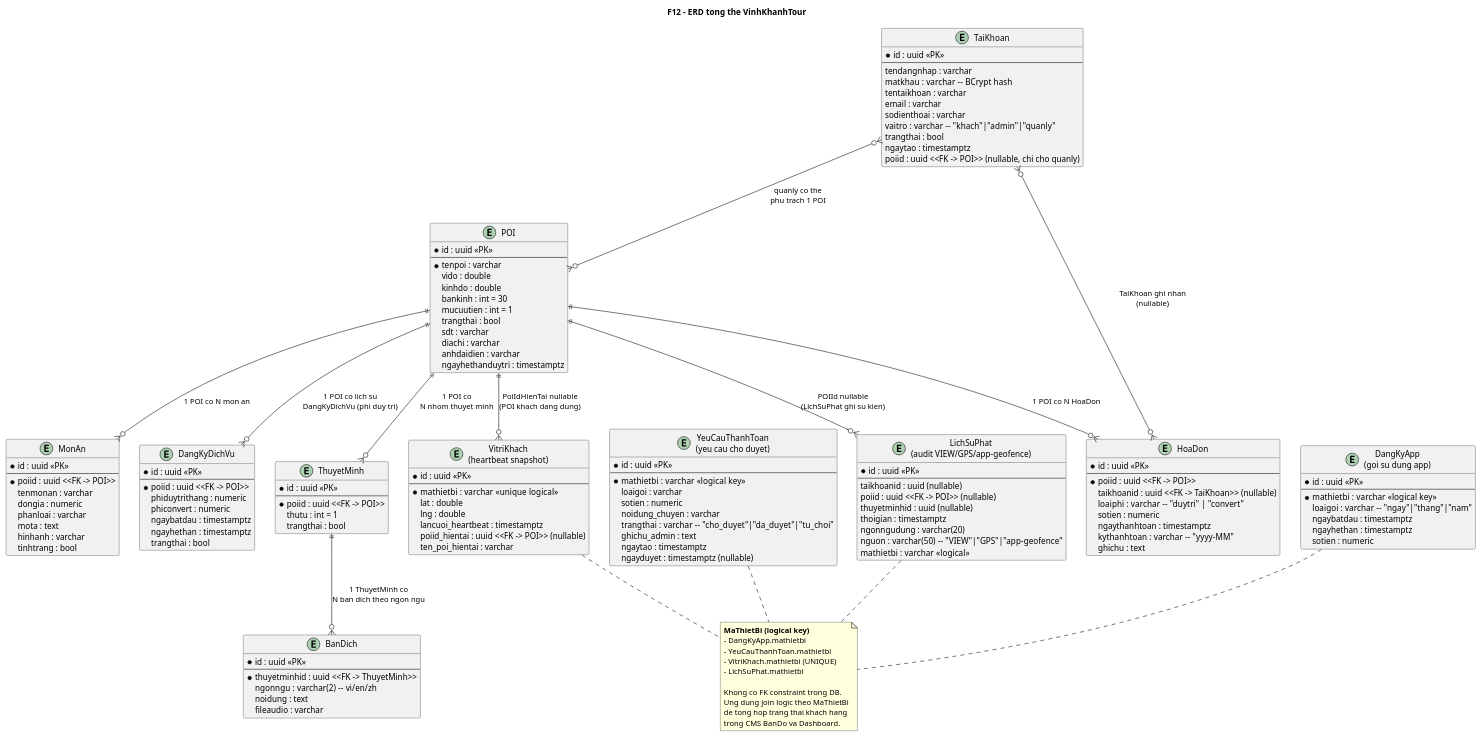
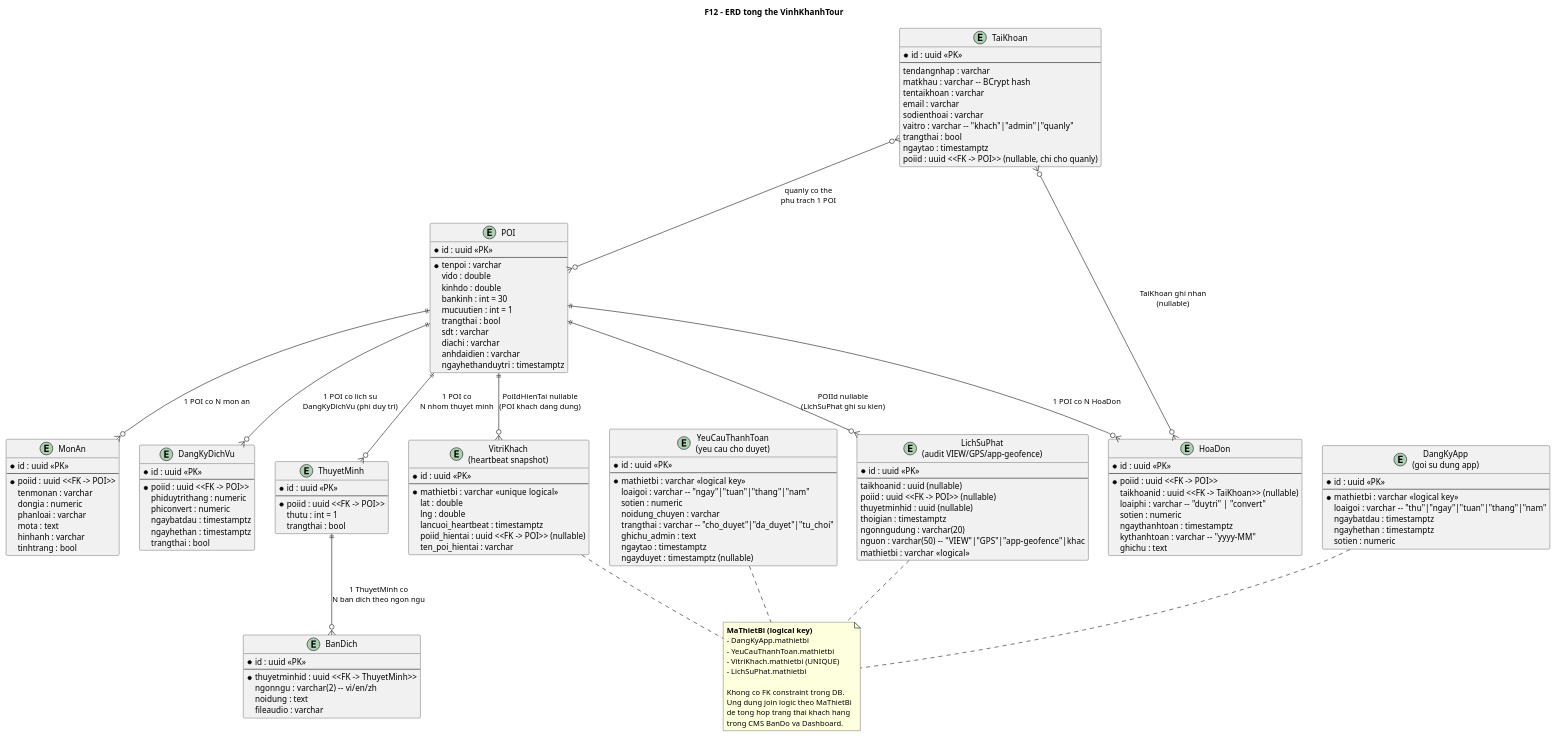
The diagram in docs/diagrams/12-erd.puml (VoBao182/PhoAmThuc), drawn with PlantUML before and after one commit. The commit also changed 30 other files, not shown here.

```diff
--- a/docs/diagrams/12-erd.puml
+++ b/docs/diagrams/12-erd.puml
@@ -1,180 +1,182 @@
 @startuml
 ' Diagram: F12 - ERD tong the cua VinhKhanhTour
 ' Status: VERIFIED
-' Baseline: branch master, current worktree @ HEAD 2497a96
+' Baseline: branch master, current worktree @ HEAD 8ed8643
 ' Source:
 ' - VinhKhanhTour.API/Models/POI.cs, ThuyetMinh.cs, BanDich.cs, MonAn.cs
 ' - VinhKhanhTour.API/Models/DangKyApp.cs, YeuCauThanhToan.cs
 ' - VinhKhanhTour.API/Models/DangKyDichVu.cs, HoaDon.cs
 ' - VinhKhanhTour.API/Models/LichSuPhat.cs, VitriKhach.cs, TaiKhoan.cs
-' - VinhKhanhTour.API/Data/AppDbContext.cs
+' - VinhKhanhTour.API/Data/AppDBContext.cs
+' - VinhKhanhTour.API/Controllers/SubscriptionController.cs
 ' Note: Vung khach hang anh danh: dinh danh bang MaThietBi (string, sinh tu Preferences),
 '   khong join cung TaiKhoan. Cac bang DangKyApp / YeuCauThanhToan / VitriKhach / LichSuPhat
 '   noi voi nhau qua MaThietBi (logical foreign key, KHONG co FK constraint trong DB).
 ' Note: Vung POI: POI 1-N ThuyetMinh, ThuyetMinh 1-N BanDich, POI 1-N MonAn,
 '   POI 1-N DangKyDichVu (lich su goi duy tri), POI 1-N HoaDon.
-' Note: Vung audit: LichSuPhat luu tat ca su kien VIEW/GPS/app-geofence,
-'   POIId va MaThietBi co the null cho cac event hop le.
+' Note: Vung audit: LichSuPhat luu tat ca su kien VIEW/GPS/app-geofence.
+'   Cac gia tri LoaiGoi hien tai trong code:
+'   DangKyApp = thu|ngay|tuan|thang|nam; YeuCauThanhToan = ngay|tuan|thang|nam.
 title F12 - ERD tong the VinhKhanhTour
 
 ' ---------------- Vung POI noi dung ----------------
 entity "POI" as POI {
   * id : uuid <<PK>>
   --
   * tenpoi : varchar
   vido : double
   kinhdo : double
   bankinh : int = 30
   mucuutien : int = 1
   trangthai : bool
   sdt : varchar
   diachi : varchar
   anhdaidien : varchar
   ngayhethanduytri : timestamptz
 }
 
 entity "ThuyetMinh" as TM {
   * id : uuid <<PK>>
   --
   * poiid : uuid <<FK -> POI>>
   thutu : int = 1
   trangthai : bool
 }
 
 entity "BanDich" as BD {
   * id : uuid <<PK>>
   --
   * thuyetminhid : uuid <<FK -> ThuyetMinh>>
   ngonngu : varchar(2)  -- vi/en/zh
   noidung : text
   fileaudio : varchar
 }
 
 entity "MonAn" as MA {
   * id : uuid <<PK>>
   --
   * poiid : uuid <<FK -> POI>>
   tenmonan : varchar
   dongia : numeric
   phanloai : varchar
   mota : text
   hinhanh : varchar
   tinhtrang : bool
 }
 
 ' ---------------- Vung phi duy tri / hoa don ----------------
 entity "DangKyDichVu" as DKDV {
   * id : uuid <<PK>>
   --
   * poiid : uuid <<FK -> POI>>
   phiduytrithang : numeric
   phiconvert : numeric
   ngaybatdau : timestamptz
   ngayhethan : timestamptz
   trangthai : bool
 }
 
 entity "HoaDon" as HD {
   * id : uuid <<PK>>
   --
   * poiid : uuid <<FK -> POI>>
   taikhoanid : uuid <<FK -> TaiKhoan>> (nullable)
   loaiphi : varchar  -- "duytri" | "convert"
   sotien : numeric
   ngaythanhtoan : timestamptz
   kythanhtoan : varchar  -- "yyyy-MM"
   ghichu : text
 }
 
 ' ---------------- Vung khach hang an danh ----------------
 entity "DangKyApp\n(goi su dung app)" as DKA {
   * id : uuid <<PK>>
   --
   * mathietbi : varchar  <<logical key>>
-  loaigoi : varchar  -- "ngay"|"thang"|"nam"
+  loaigoi : varchar  -- "thu"|"ngay"|"tuan"|"thang"|"nam"
   ngaybatdau : timestamptz
   ngayhethan : timestamptz
   sotien : numeric
 }
 
 entity "YeuCauThanhToan\n(yeu cau cho duyet)" as YCTT {
   * id : uuid <<PK>>
   --
   * mathietbi : varchar  <<logical key>>
-  loaigoi : varchar
+  loaigoi : varchar  -- "ngay"|"tuan"|"thang"|"nam"
   sotien : numeric
   noidung_chuyen : varchar
   trangthai : varchar  -- "cho_duyet"|"da_duyet"|"tu_choi"
   ghichu_admin : text
   ngaytao : timestamptz
   ngayduyet : timestamptz (nullable)
 }
 
 entity "VitriKhach\n(heartbeat snapshot)" as VTK {
   * id : uuid <<PK>>
   --
   * mathietbi : varchar  <<unique logical>>
   lat : double
   lng : double
   lancuoi_heartbeat : timestamptz
   poiid_hientai : uuid <<FK -> POI>> (nullable)
   ten_poi_hientai : varchar
 }
 
 entity "LichSuPhat\n(audit VIEW/GPS/app-geofence)" as LSP {
   * id : uuid <<PK>>
   --
   taikhoanid : uuid (nullable)
   poiid : uuid <<FK -> POI>> (nullable)
   thuyetminhid : uuid (nullable)
   thoigian : timestamptz
   ngonngudung : varchar(20)
-  nguon : varchar(50)  -- "VIEW"|"GPS"|"app-geofence"
+  nguon : varchar(50)  -- "VIEW"|"GPS"|"app-geofence"|khac
   mathietbi : varchar  <<logical>>
 }
 
 entity "TaiKhoan" as TK {
   * id : uuid <<PK>>
   --
   tendangnhap : varchar
   matkhau : varchar  -- BCrypt hash
   tentaikhoan : varchar
   email : varchar
   sodienthoai : varchar
   vaitro : varchar  -- "khach"|"admin"|"quanly"
   trangthai : bool
   ngaytao : timestamptz
   poiid : uuid <<FK -> POI>> (nullable, chi cho quanly)
 }
 
 ' ---------------- Quan he ----------------
 POI ||--o{ TM : "1 POI co\nN nhom thuyet minh"
 TM ||--o{ BD : "1 ThuyetMinh co\nN ban dich theo ngon ngu"
 POI ||--o{ MA : "1 POI co N mon an"
 
 POI ||--o{ DKDV : "1 POI co lich su\nDangKyDichVu (phi duy tri)"
 POI ||--o{ HD : "1 POI co N HoaDon"
 TK }o--o{ HD : "TaiKhoan ghi nhan\n(nullable)"
 
 POI ||--o{ LSP : "POIId nullable\n(LichSuPhat ghi su kien)"
 POI ||--o{ VTK : "PoiIdHienTai nullable\n(POI khach dang dung)"
 TK }o--o{ POI : "quanly co the\nphu trach 1 POI"
 
 ' MaThietBi - khoa logic giua cac bang an danh
 note as N1
   **MaThietBi (logical key)**
   - DangKyApp.mathietbi
   - YeuCauThanhToan.mathietbi
   - VitriKhach.mathietbi (UNIQUE)
   - LichSuPhat.mathietbi
 
   Khong co FK constraint trong DB.
   Ung dung join logic theo MaThietBi
   de tong hop trang thai khach hang
   trong CMS BanDo va Dashboard.
 end note
 DKA .. N1
 YCTT .. N1
 VTK .. N1
 LSP .. N1
 @enduml
```
